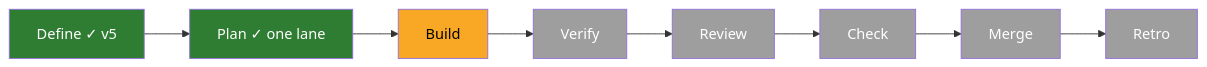
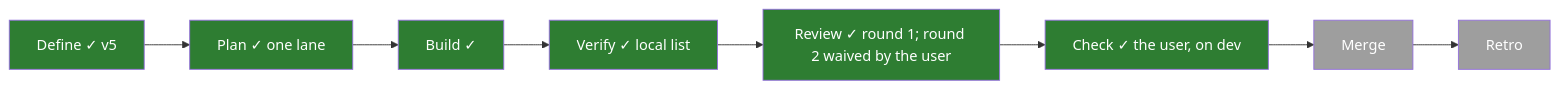
The first of 2 diagrams in .task/050-progress-sync.md (PaliCanon/learn-pali), drawn with Mermaid before and after one commit. The commit also changed other lines of this file, not shown here.

Commit message:
chore(task): 050 checked by the user on dev

````diff
--- a/.task/050-progress-sync.md
+++ b/.task/050-progress-sync.md
@@ -11,7 +11,7 @@
 ```mermaid
 flowchart LR
-  Define["Define ✓ v5"]:::done --> Plan["Plan ✓ one lane"]:::done --> Build:::doing --> Verify:::todo --> Review:::todo --> Check:::todo --> Merge:::todo --> Retro:::todo
+  Define["Define ✓ v5"]:::done --> Plan["Plan ✓ one lane"]:::done --> Build["Build ✓"]:::done --> Verify["Verify ✓ local list"]:::done --> Review["Review ✓ round 1; round 2 waived by the user"]:::done --> Check["Check ✓ the user, on dev"]:::done --> Merge:::todo --> Retro:::todo
   classDef doing fill:#f9a825,color:#000
   classDef done fill:#2e7d32,color:#fff
   classDef todo fill:#9e9e9e,color:#fff
 ```
````
